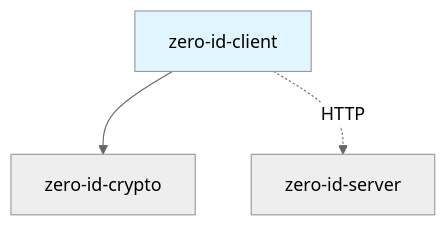
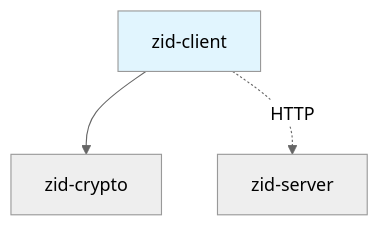
One commit to cypher-asi/zero-auth changed the first of 7 diagrams in docs/spec/v0.1/09-client.md. Above: the diagram before and after it, drawn with Mermaid (neutral theme). The commit also changed other lines of this file and 240 other files, not shown here.

Commit message:
refactor: shorten crate names from zero-id-* to zid-* prefix

````diff
--- a/docs/spec/v0.1/09-client.md
+++ b/docs/spec/v0.1/09-client.md
@@ -26,11 +26,11 @@
 ```mermaid
 graph TD
-    CRYPTO[zero-id-crypto]
-    CLIENT[zero-id-client]
-    SERVER[zero-id-server]
+    CRYPTO[zid-crypto]
+    CLIENT[zid-client]
+    SERVER[zid-server]
     
     CLIENT --> CRYPTO
     CLIENT -.->|HTTP| SERVER
     
     style CLIENT fill:#e1f5fe
 ```
````
